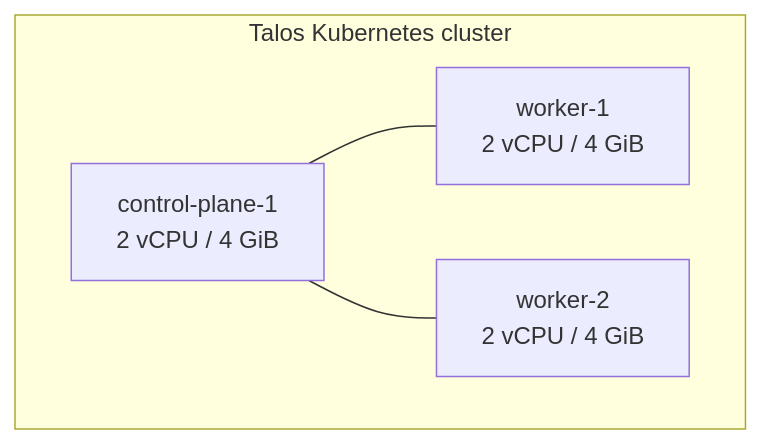
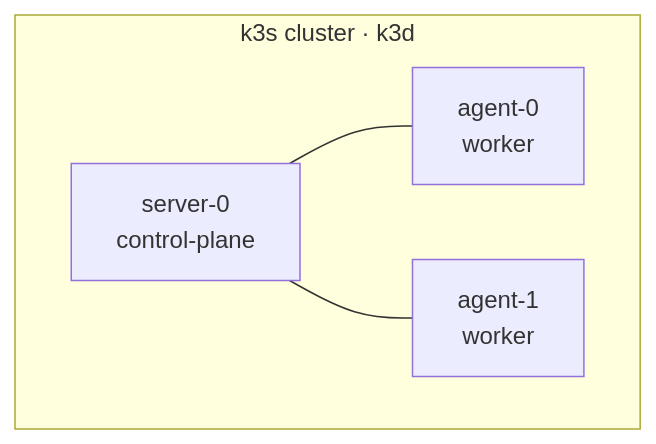
Before and after one commit to avramukk/homelab: the diagram in docs/architecture/cluster.md, drawn with Mermaid. The commit also changed other lines of this file and 5 other files, not shown here.

First line of the commit message:
docs: reflect the k3d runtime across architecture and skills

````diff
--- a/docs/architecture/cluster.md
+++ b/docs/architecture/cluster.md
@@ -21,10 +25,10 @@
 ```mermaid
 flowchart TB
-  subgraph cluster [Talos Kubernetes cluster]
-    cp["control-plane-1<br/>2 vCPU / 4 GiB"]
-    w1["worker-1<br/>2 vCPU / 4 GiB"]
-    w2["worker-2<br/>2 vCPU / 4 GiB"]
-    cp --- w1
-    cp --- w2
+  subgraph cluster [k3s cluster · k3d]
+    srv["server-0<br/>control-plane"]
+    a0["agent-0<br/>worker"]
+    a1["agent-1<br/>worker"]
+    srv --- a0
+    srv --- a1
   end
 ```
````
